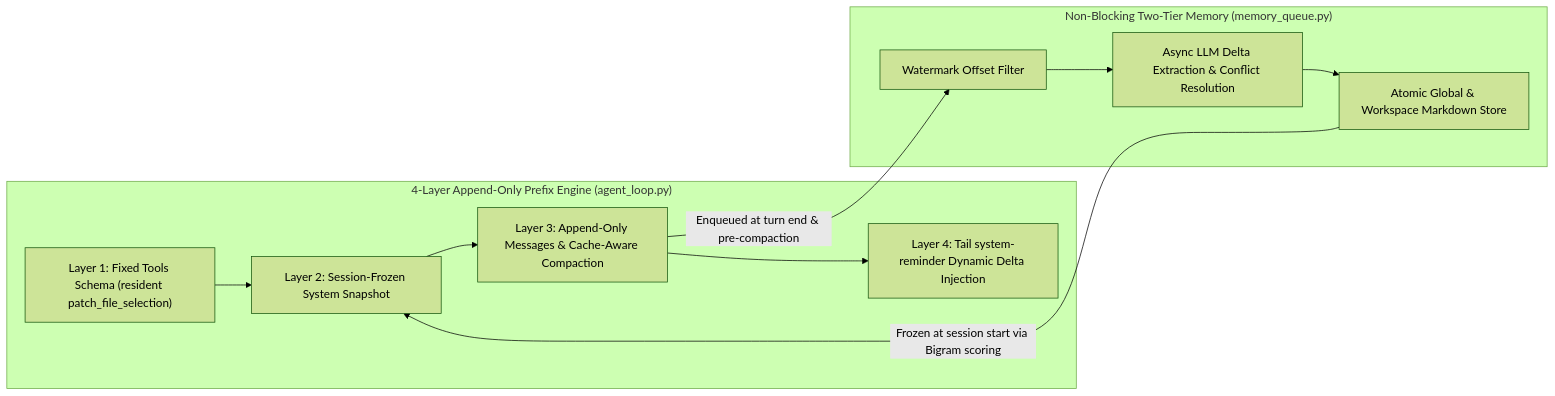
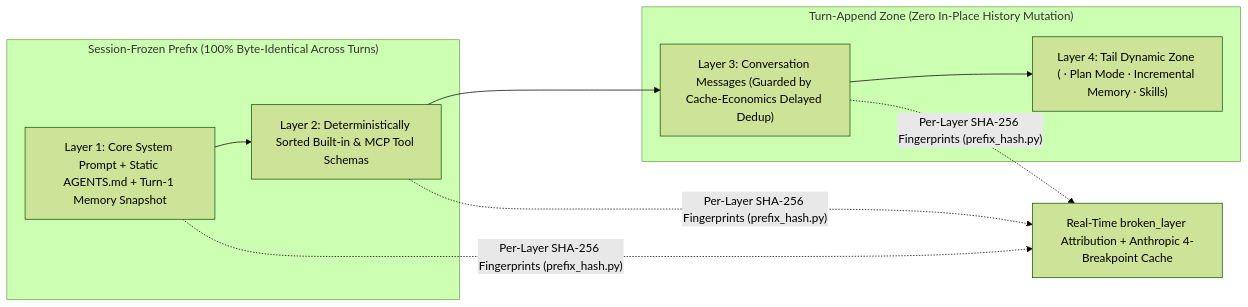
One commit to HelmAgent/Helm_website changed the first of 3 diagrams in docs/en/architecture/memory-and-rag.md. Above: the diagram before and after it, drawn with Mermaid (forest theme). The commit also changed other lines of this file and 57 other files, not shown here.

Commit message:
docs(architecture): add detailed documentation for the 5-Tier Permission Sandbox, Zero-RTT Intent Engine, and Open Ecosystem; include core modules, empirical evidence, and interactive permission modes for enhanced clarity and functionality

````diff
--- a/docs/en/architecture/memory-and-rag.md
+++ b/docs/en/architecture/memory-and-rag.md
@@ -25,20 +16,15 @@
 ```mermaid
 flowchart LR
-  subgraph PrefixEngine["4-Layer Append-Only Prefix Engine (agent_loop.py)"]
-    L1["Layer 1: Fixed Tools Schema (resident patch_file_selection)"]
-    L2["Layer 2: Session-Frozen System Snapshot"]
-    L3["Layer 3: Append-Only Messages & Cache-Aware Compaction"]
-    L4["Layer 4: Tail system-reminder Dynamic Delta Injection"]
-    L1 --> L2 --> L3 --> L4
+  subgraph Frozen["Session-Frozen Prefix (100% Byte-Identical Across Turns)"]
+    L1["Layer 1: Core System Prompt + Static AGENTS.md + Turn-1 Memory Snapshot"]
+    L2["Layer 2: Deterministically Sorted Built-in & MCP Tool Schemas"]
   end
 
-  subgraph AsyncMemory["Non-Blocking Two-Tier Memory (memory_queue.py)"]
-    Watermark["Watermark Offset Filter"]
-    Extractor["Async LLM Delta Extraction & Conflict Resolution"]
-    Storage["Atomic Global & Workspace Markdown Store"]
-    Watermark --> Extractor --> Storage
+  subgraph AppendOnly["Turn-Append Zone (Zero In-Place History Mutation)"]
+    L3["Layer 3: Conversation Messages (Guarded by Cache-Economics Delayed Dedup)"]
+    L4["Layer 4: Tail Dynamic Zone (<system-reminder> · Plan Mode · Incremental Memory · Skills)"]
   end
 
-  L3 -- "Enqueued at turn end & pre-compaction" --> Watermark
-  Storage -- "Frozen at session start via Bigram scoring" --> L2
+  L1 --> L2 --> L3 --> L4
+  L1 & L2 & L3 -.->|"Per-Layer SHA-256 Fingerprints (prefix_hash.py)"| Audit["Real-Time broken_layer Attribution + Anthropic 4-Breakpoint Cache"]
 ```
````
